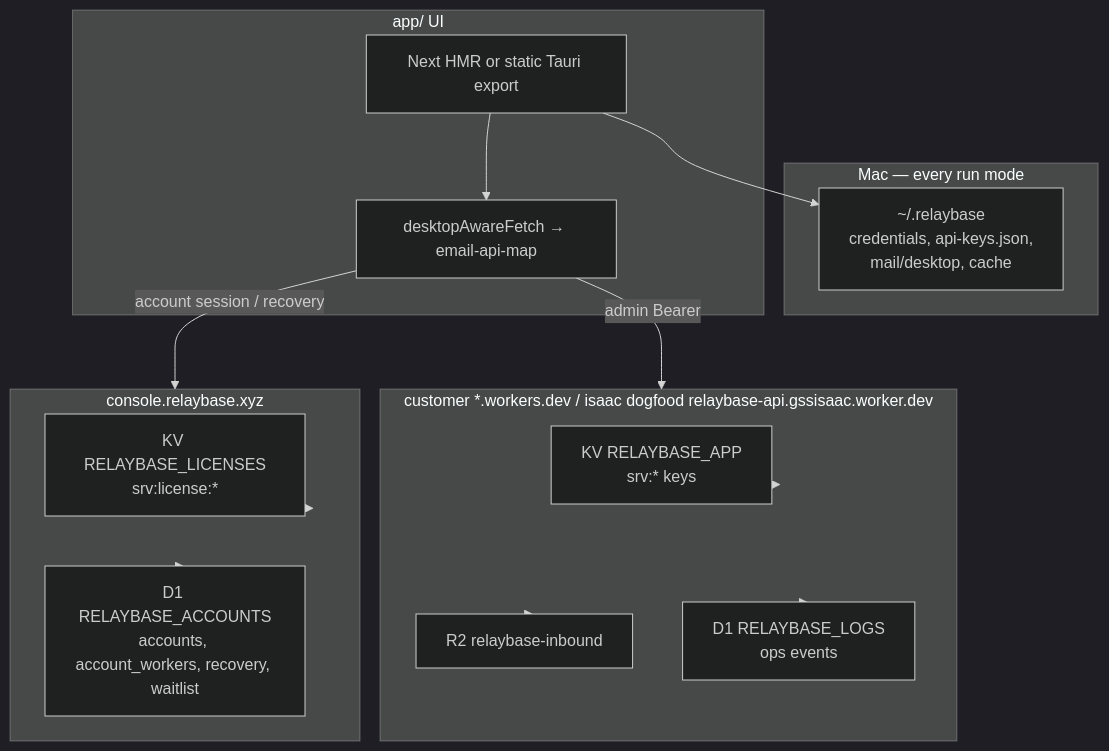
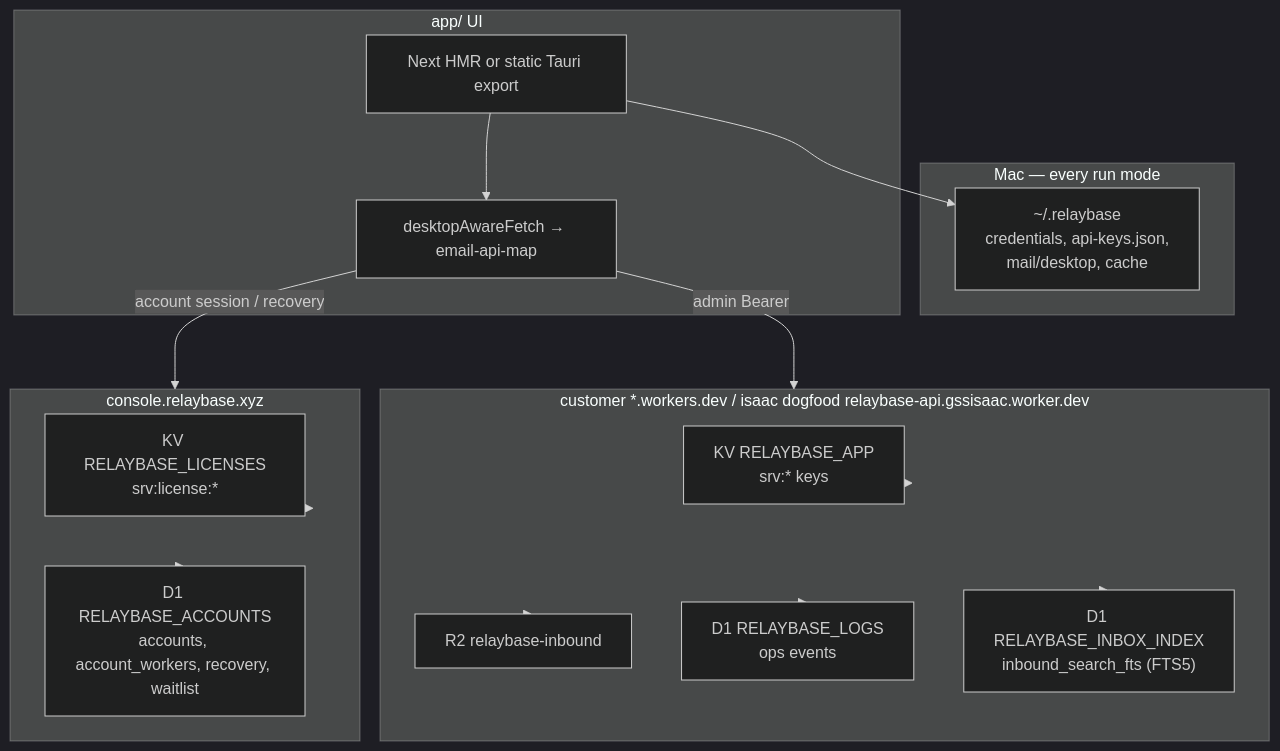
One commit to gssisaac/relaybase changed the diagram in docs/storage-architecture.md. Above: the diagram before and after it, drawn with Mermaid (dark theme). The commit also changed other lines of this file and 3 other files, not shown here.

````diff
--- a/docs/storage-architecture.md
+++ b/docs/storage-architecture.md
@@ -23,28 +24,30 @@
 ```mermaid
 flowchart TB
   subgraph local [Mac — every run mode]
     Home["~/.relaybase\ncredentials, api-keys.json,\nmail/desktop, cache"]
   end
   subgraph client [app/ UI]
     UI["Next HMR or static Tauri export"]
     Fetch["desktopAwareFetch → email-api-map"]
   end
   subgraph worker [customer *.workers.dev / isaac dogfood relaybase-api.gssisaac.worker.dev]
     KV["KV RELAYBASE_APP\nsrv:* keys"]
     R2["R2 relaybase-inbound"]
     D1["D1 RELAYBASE_LOGS\nops events"]
+    D1Search["D1 RELAYBASE_INBOX_INDEX\ninbound_search_fts (FTS5)"]
   end
   subgraph console [console.relaybase.xyz]
     ConsoleKV["KV RELAYBASE_LICENSES\nsrv:license:*"]
     ConsoleD1["D1 RELAYBASE_ACCOUNTS\naccounts, account_workers, recovery, waitlist"]
   end
   UI --> Fetch
   Fetch -->|"admin Bearer"| worker
   Fetch -->|"account session / recovery"| console
   UI --> Home
   worker --> KV
   worker --> R2
   worker --> D1
+  worker --> D1Search
   console --> ConsoleKV
   console --> ConsoleD1
 ```
````
